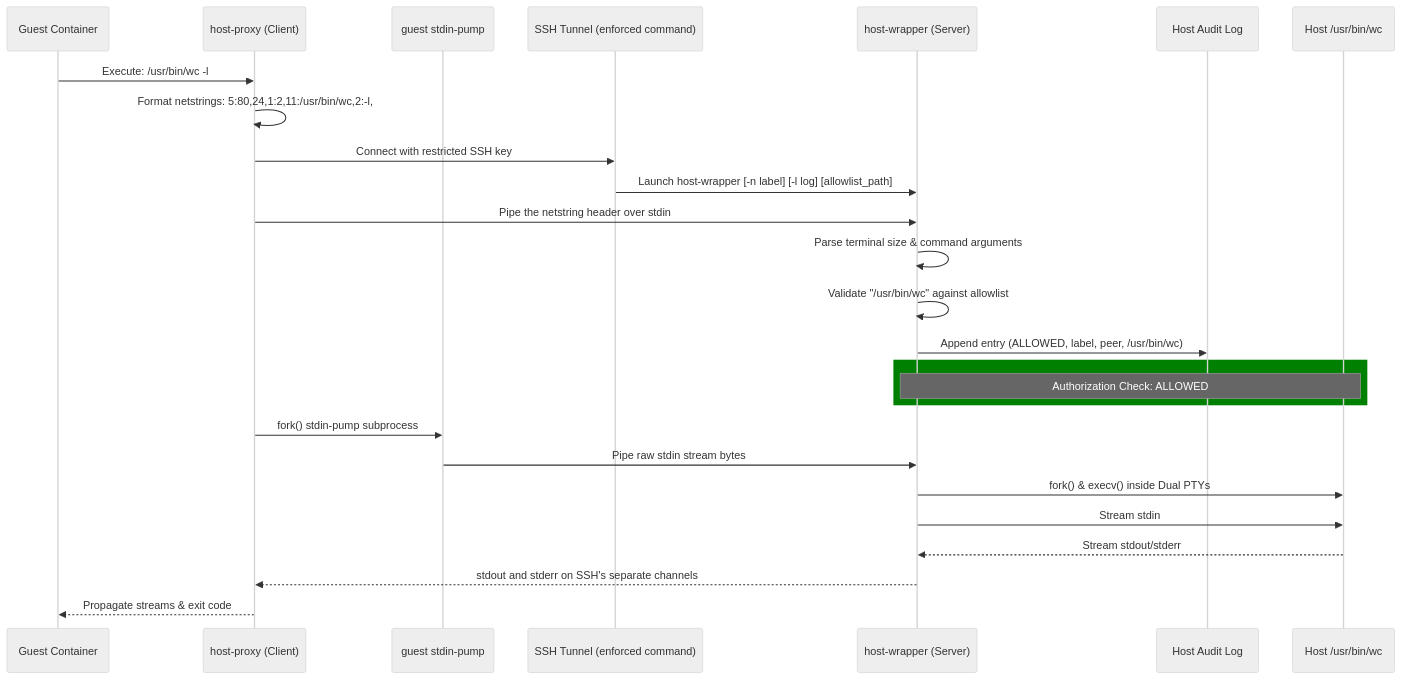
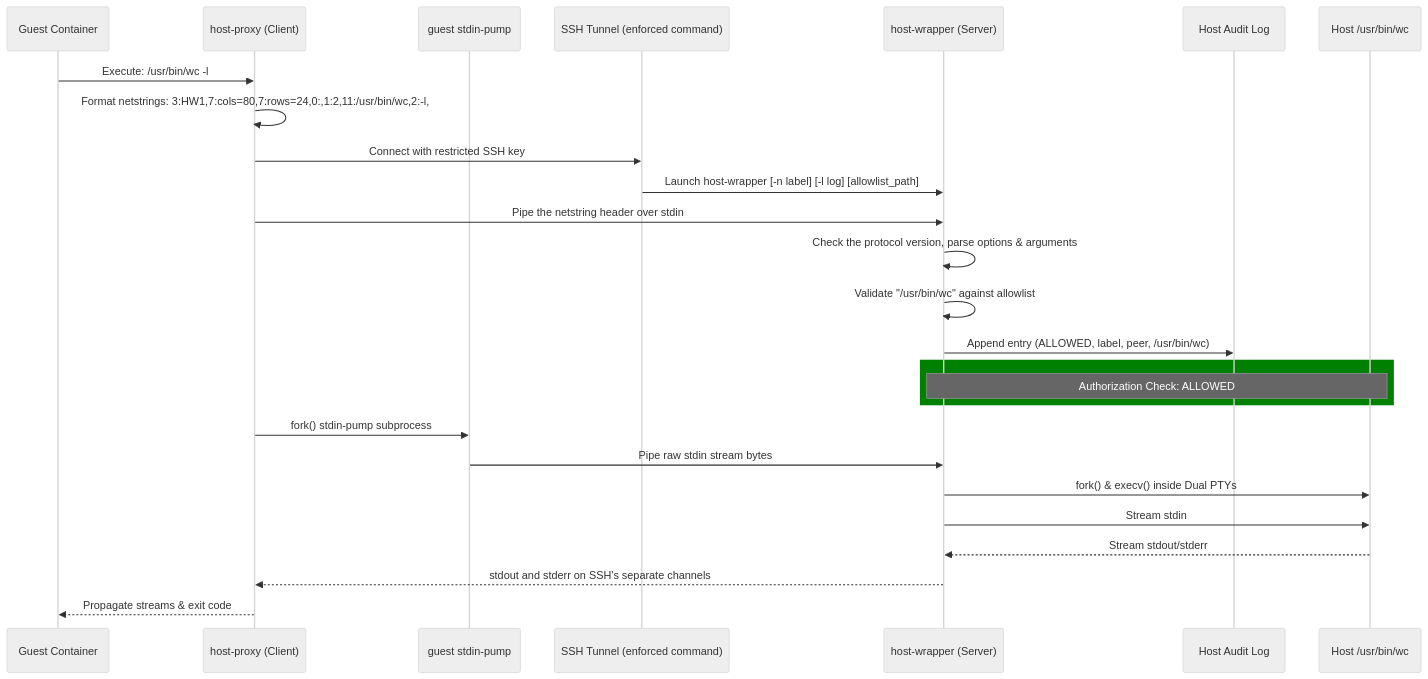
One commit to samirose/host-wrapper changed the diagram in README.md. Above: the diagram before and after it, drawn with Mermaid (neutral theme). The commit also changed other lines of this file and 295 other files, not shown here.

First line of the commit message:
Version the request header and key its options

````diff
--- a/README.md
+++ b/README.md
@@ -76,29 +76,29 @@
 ```mermaid
 sequenceDiagram
     participant Guest as Guest Container
     participant Proxy as host-proxy (Client)
     participant Pump as guest stdin-pump
     participant SSH as SSH Tunnel (enforced command)
     participant Wrapper as host-wrapper (Server)
     participant Log as Host Audit Log
     participant HostCmd as Host /usr/bin/wc
 
     Guest->>Proxy: Execute: /usr/bin/wc -l
-    Proxy->>Proxy: Format netstrings: 5:80,24,1:2,11:/usr/bin/wc,2:-l,
+    Proxy->>Proxy: Format netstrings: 3:HW1,7:cols=80,7:rows=24,0:,1:2,11:/usr/bin/wc,2:-l,
     Proxy->>SSH: Connect with restricted SSH key
     SSH->>Wrapper: Launch host-wrapper [-n label] [-l log] [allowlist_path]
     Proxy->>Wrapper: Pipe the netstring header over stdin
-    Wrapper->>Wrapper: Parse terminal size & command arguments
+    Wrapper->>Wrapper: Check the protocol version, parse options & arguments
     Wrapper->>Wrapper: Validate "/usr/bin/wc" against allowlist
     Wrapper->>Log: Append entry (ALLOWED, label, peer, /usr/bin/wc)
     rect green
         Note over Wrapper,HostCmd: Authorization Check: ALLOWED
     end
     Proxy->>Pump: fork() stdin-pump subprocess
     Pump->>Wrapper: Pipe raw stdin stream bytes
     Wrapper->>HostCmd: fork() & execv() inside Dual PTYs
     Wrapper->>HostCmd: Stream stdin
     HostCmd-->>Wrapper: Stream stdout/stderr
     Wrapper-->>Proxy: stdout and stderr on SSH's separate channels
     Proxy-->>Guest: Propagate streams & exit code
 ```
````
